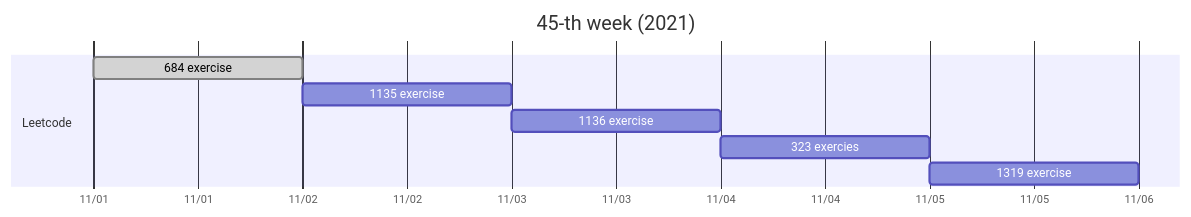
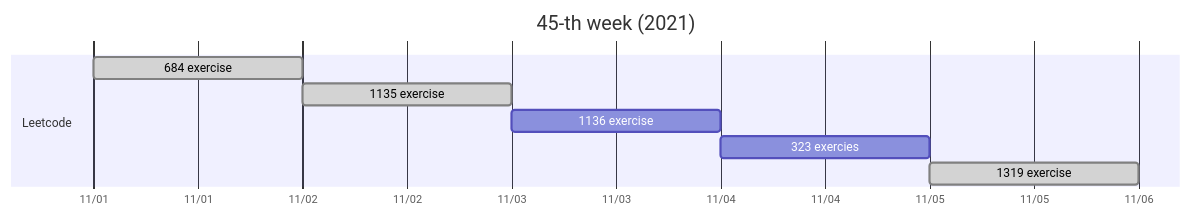
One commit to michaelmoju/allenyummy.github.io changed the diagram in _posts/2021-11-01-45th-weekly-progress.md. Above: the diagram before and after it, drawn with Mermaid.

Commit message:
[finished] 2021-11-01-45th-weekly-progress

````diff
--- a/_posts/2021-11-01-45th-weekly-progress.md
+++ b/_posts/2021-11-01-45th-weekly-progress.md
@@ -24,14 +24,14 @@
 ```mermaid
 gantt
     title 45-th week (2021)
     dateFormat  YYYY-MM-DD
     axisFormat  %m/%d
 
     section Leetcode
     684 exercise      : done  , L1, 2021-11-01, 1d
-    1135 exercise     :         L2, 2021-11-02, 1d
+    1135 exercise     : done  , L2, 2021-11-02, 1d
     1136 exercise     :         L3, 2021-11-03, 1d
     323 exercies      :         L4, 2021-11-04, 1d
-    1319 exercise     :         L5, 2021-11-05, 1d
+    1319 exercise     : done  , L5, 2021-11-05, 1d
 
 ```
````
